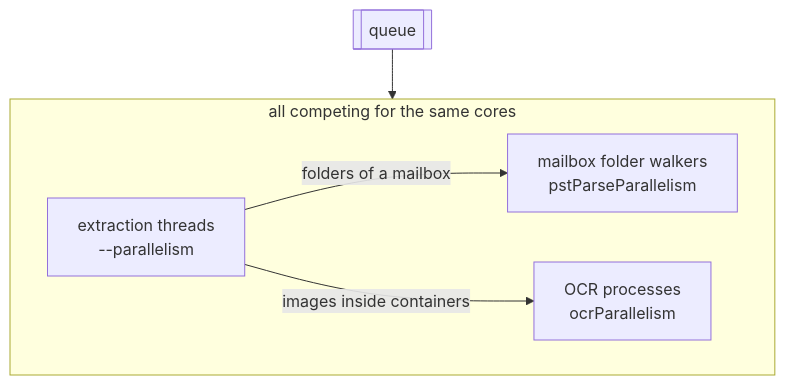
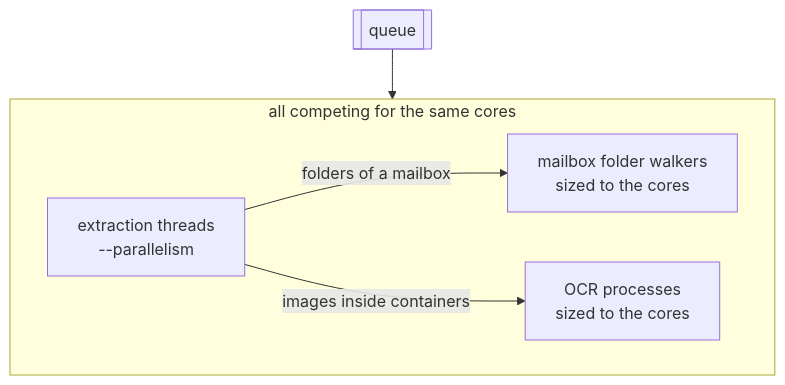
The diagram in server-mode/indexing/tuning.md (ICIJ/datashare-docs), drawn with Mermaid before and after one commit. The commit also changed other lines of this file, not shown here.

````diff
--- a/server-mode/indexing/tuning.md
+++ b/server-mode/indexing/tuning.md
@@ -155,12 +155,12 @@
 ```mermaid
 flowchart TD
     subgraph CORES["all competing for the same cores"]
         direction LR
         P["extraction threads<br/>--parallelism"]
-        F["mailbox folder walkers<br/>pstParseParallelism"]
-        O["OCR processes<br/>ocrParallelism"]
+        F["mailbox folder walkers<br/>sized to the cores"]
+        O["OCR processes<br/>sized to the cores"]
     end
     Q[["queue"]] --> P
     P -- "folders of a mailbox" --> F
     P -- "images inside containers" --> O
 ```
````
